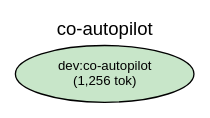
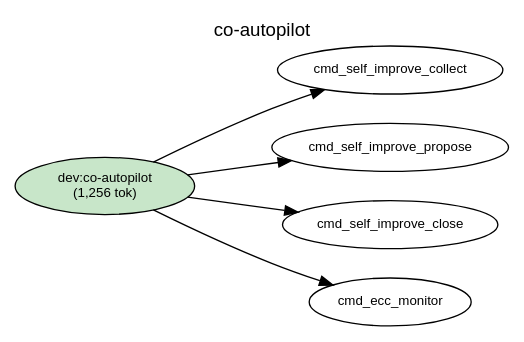
Before and after one commit to shuu5/twill: the diagram in plugins/dev/docs/deps-co-autopilot.dot, drawn with Graphviz. The commit also changed 73 other files, not shown here.

```diff
--- a/plugins/dev/docs/deps-co-autopilot.dot
+++ b/plugins/dev/docs/deps-co-autopilot.dot
@@ -1,37 +1,41 @@
 digraph Dependencies {
     // Graph settings
     rankdir=LR;
     ranksep=0.8;
     nodesep=0.3;
     fontname="Helvetica";
     node [fontname="Helvetica", fontsize=10];
     edge [fontname="Helvetica", fontsize=9];
     label="co-autopilot";
     labelloc=t;
     fontsize=14;
 
     // L0: Controller Skills
     skill_co_autopilot [label="dev:co-autopilot\n(1,256 tok)", shape=ellipse, style=filled, fillcolor="#c8e6c9"];
 
     // L0: Launchers
 
     // L0.5: Workflow Skills
 
     // Reference Skills
 
     // L1: Direct Commands
 
     // L2: Sub Commands
 
     // L3: Agents
 
     // L3.5: Scripts
 
     // L4: External
 
     // Layer constraints
     { rank=same; skill_co_autopilot; }
 
     // Edges
+    skill_co_autopilot -> cmd_self_improve_collect;
+    skill_co_autopilot -> cmd_self_improve_propose;
+    skill_co_autopilot -> cmd_self_improve_close;
+    skill_co_autopilot -> cmd_ecc_monitor;
 
 }
```
